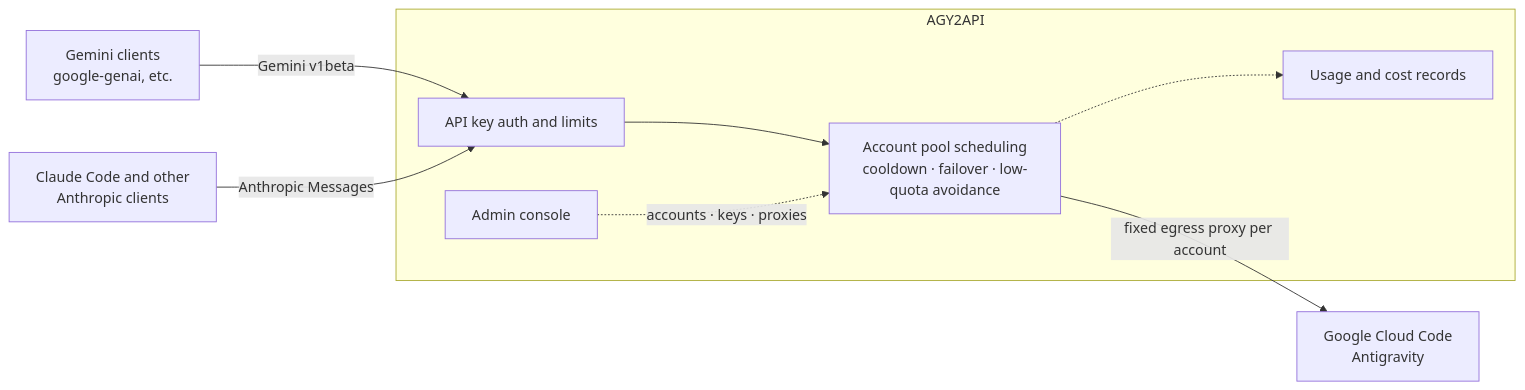
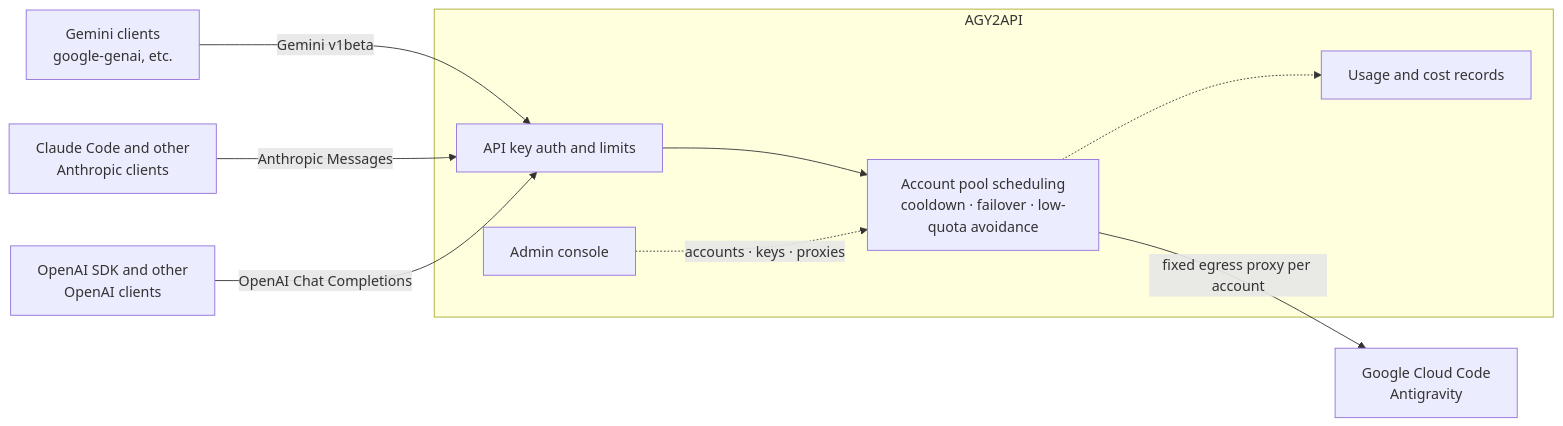
Before and after one commit to shiceai/agy2api: the diagram in README_EN.md, drawn with Mermaid. The commit also changed other lines of this file and 25 other files, not shown here.

First line of the commit message:
feat(openai): add OpenAI Chat Completions inbound

````diff
--- a/README_EN.md
+++ b/README_EN.md
@@ -54,11 +56,12 @@
 ```mermaid
 flowchart LR
     client["Gemini clients<br/>google-genai, etc."] -->|Gemini v1beta| auth
     claude["Claude Code and other<br/>Anthropic clients"] -->|Anthropic Messages| auth
+    openai["OpenAI SDK and other<br/>OpenAI clients"] -->|OpenAI Chat Completions| auth
     subgraph gw["AGY2API"]
         auth["API key auth and limits"] --> pool["Account pool scheduling<br/>cooldown · failover · low-quota avoidance"]
         pool -.-> usage["Usage and cost records"]
         admin["Admin console"] -.->|accounts · keys · proxies| pool
     end
     pool -->|fixed egress proxy per account| cc["Google Cloud Code<br/>Antigravity"]
 ```
````
